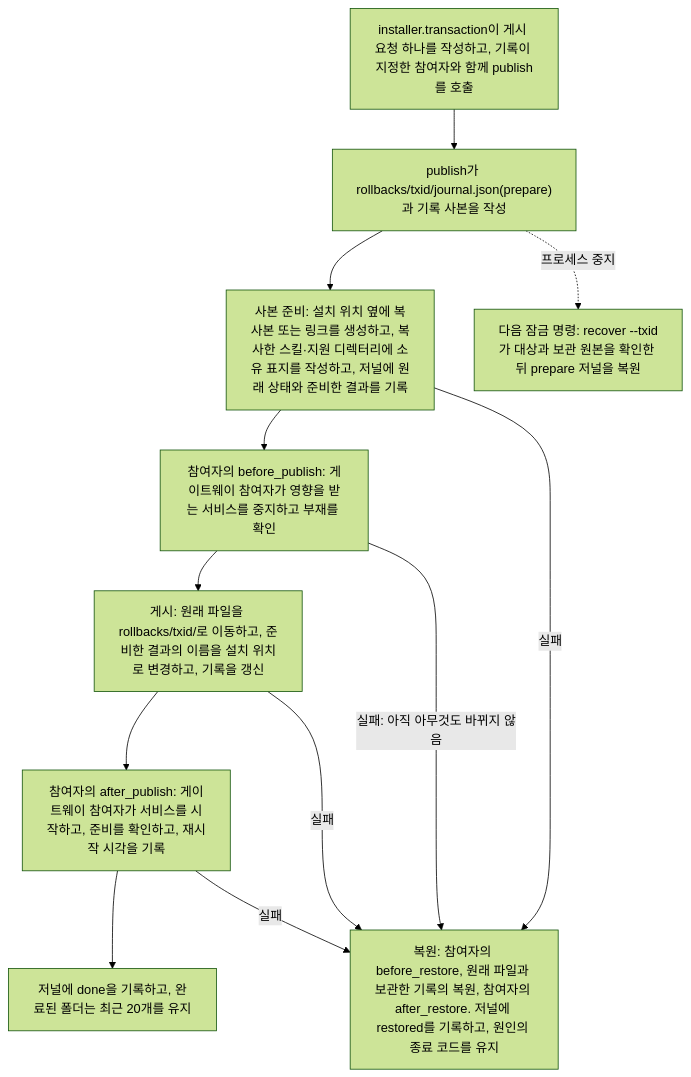
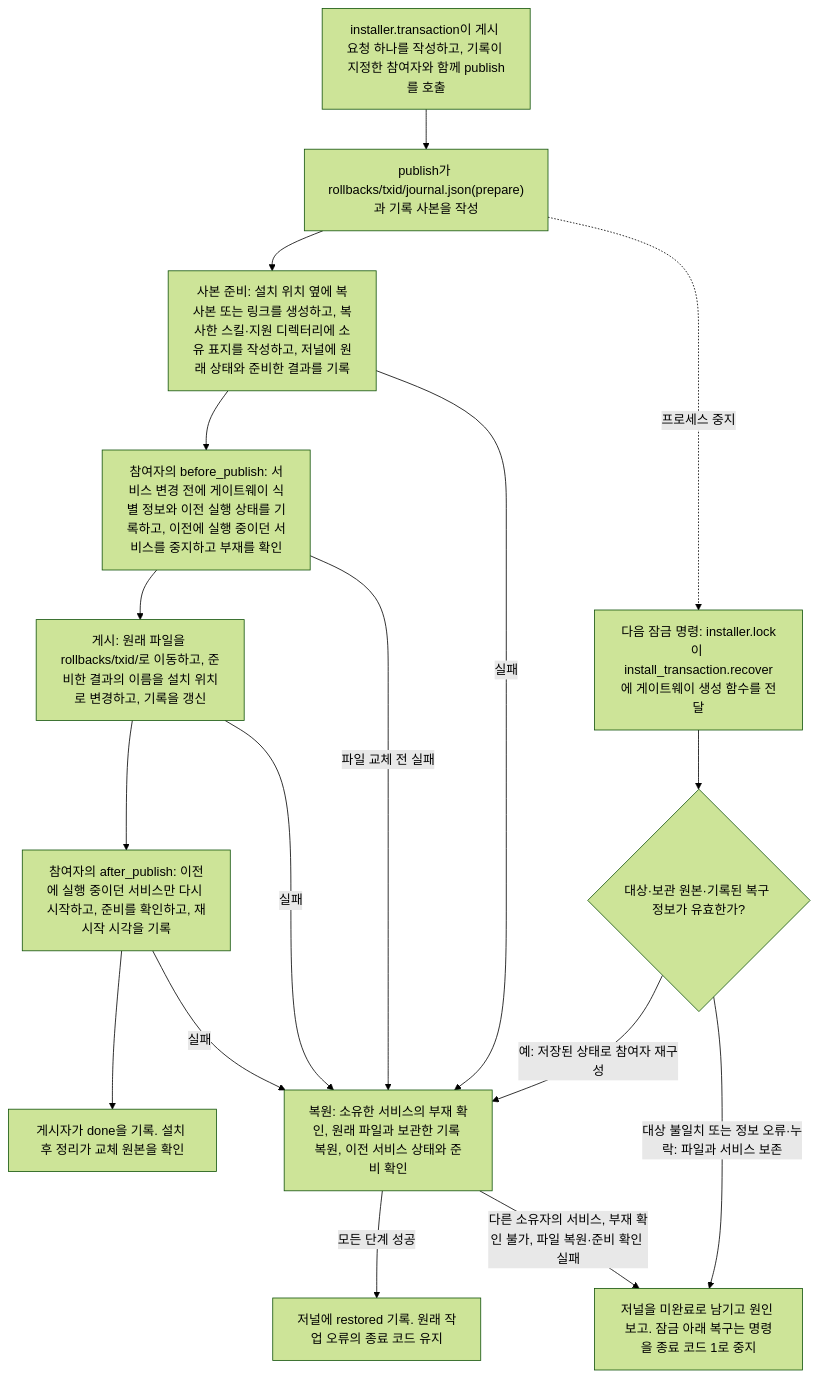
The first of 2 diagrams in docs/ko/reference/installer-architecture.md (AidALL/ghost-alice), drawn with Mermaid (forest theme) before and after one commit. The commit also changed other lines of this file and 135 other files, not shown here.

````diff
--- a/docs/ko/reference/installer-architecture.md
+++ b/docs/ko/reference/installer-architecture.md
@@ -114,18 +115,26 @@
 ```mermaid
 flowchart TB
     REQ["installer.transaction이 게시 요청 하나를 작성하고, 기록이 지정한 참여자와 함께 publish를 호출"]
     JR["publish가 rollbacks/txid/journal.json(prepare)과 기록 사본을 작성"]
     ST["사본 준비: 설치 위치 옆에 복사본 또는 링크를 생성하고, 복사한 스킬·지원 디렉터리에 소유 표지를 작성하고, 저널에 원래 상태와 준비한 결과를 기록"]
-    BEF["참여자의 before_publish: 게이트웨이 참여자가 영향을 받는 서비스를 중지하고 부재를 확인"]
+    BEF["참여자의 before_publish: 서비스 변경 전에 게이트웨이 식별 정보와 이전 실행 상태를 기록하고, 이전에 실행 중이던 서비스를 중지하고 부재를 확인"]
     PUB["게시: 원래 파일을 rollbacks/txid/로 이동하고, 준비한 결과의 이름을 설치 위치로 변경하고, 기록을 갱신"]
-    AFT["참여자의 after_publish: 게이트웨이 참여자가 서비스를 시작하고, 준비를 확인하고, 재시작 시각을 기록"]
-    DONE["저널에 done을 기록하고, 완료된 폴더는 최근 20개를 유지"]
-    RS["복원: 참여자의 before_restore, 원래 파일과 보관한 기록의 복원, 참여자의 after_restore. 저널에 restored를 기록하고, 원인의 종료 코드를 유지"]
-    NEXT["다음 잠금 명령: recover --txid가 대상과 보관 원본을 확인한 뒤 prepare 저널을 복원"]
+    AFT["참여자의 after_publish: 이전에 실행 중이던 서비스만 다시 시작하고, 준비를 확인하고, 재시작 시각을 기록"]
+    DONE["게시자가 done을 기록. 설치 후 정리가 교체 원본을 확인"]
+    RS["복원: 소유한 서비스의 부재 확인, 원래 파일과 보관한 기록 복원, 이전 서비스 상태와 준비 확인"]
+    RESTORED["저널에 restored 기록. 원래 작업 오류의 종료 코드 유지"]
+    NEXT["다음 잠금 명령: installer.lock이 install_transaction.recover에 게이트웨이 생성 함수를 전달"]
+    CHECK{"대상·보관 원본·기록된 복구 정보가 유효한가?"}
+    HOLD["저널을 미완료로 남기고 원인 보고. 잠금 아래 복구는 명령을 종료 코드 1로 중지"]
     REQ --> JR --> ST --> BEF --> PUB --> AFT --> DONE
     ST -->|"실패"| RS
-    BEF -->|"실패: 아직 아무것도 바뀌지 않음"| RS
+    BEF -->|"파일 교체 전 실패"| RS
     PUB -->|"실패"| RS
     AFT -->|"실패"| RS
     JR -.->|"프로세스 중지"| NEXT
+    NEXT --> CHECK
+    CHECK -->|"예: 저장된 상태로 참여자 재구성"| RS
+    CHECK -->|"대상 불일치 또는 정보 오류·누락: 파일과 서비스 보존"| HOLD
+    RS -->|"모든 단계 성공"| RESTORED
+    RS -->|"다른 소유자의 서비스, 부재 확인 불가, 파일 복원·준비 확인 실패"| HOLD
 ```
````
